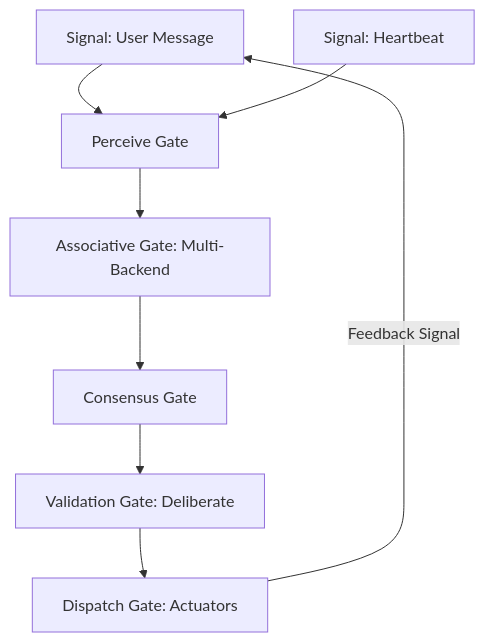
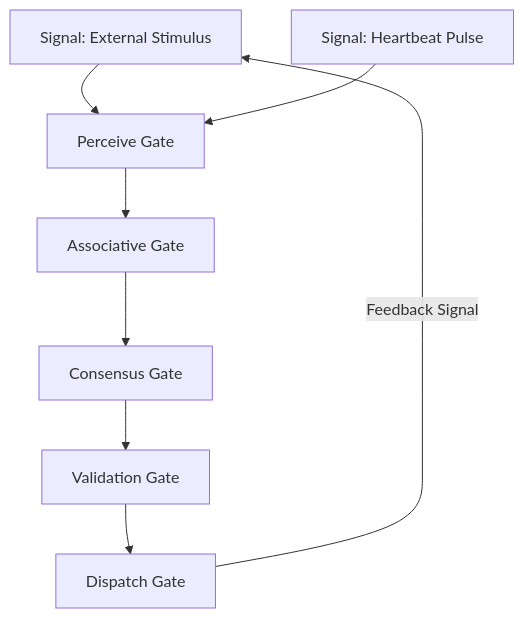
Before and after one commit to amrgharbeia/opencortex: the diagram in literate/loop.org, drawn with Mermaid. The commit also changed other lines of this file and 3 other files, not shown here.

```diff
--- a/literate/loop.org
+++ b/literate/loop.org
@@ -15,10 +21,10 @@
 #+begin_src mermaid
-graph TD
-    S1[Signal: User Message] --> P[Perceive Gate]
-    S2[Signal: Heartbeat] --> P
-    P --> N[Associative Gate: Multi-Backend]
+flowchart TD
+    S1[Signal: External Stimulus] --> P[Perceive Gate]
+    S2[Signal: Heartbeat Pulse] --> P
+    P --> N[Associative Gate]
     N --> C[Consensus Gate]
-    C --> V[Validation Gate: Deliberate]
-    V --> D[Dispatch Gate: Actuators]
+    C --> V[Validation Gate]
+    V --> D[Dispatch Gate]
     D -- Feedback Signal --> S1
 #+end_src
```
